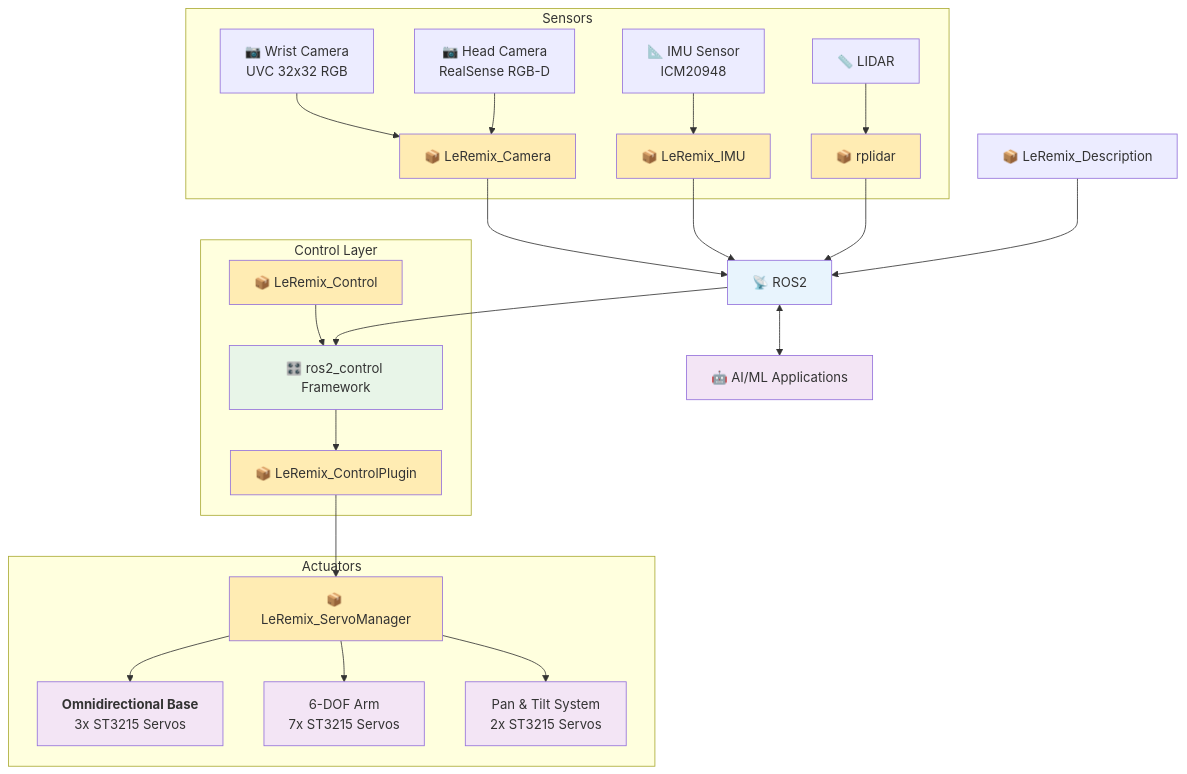
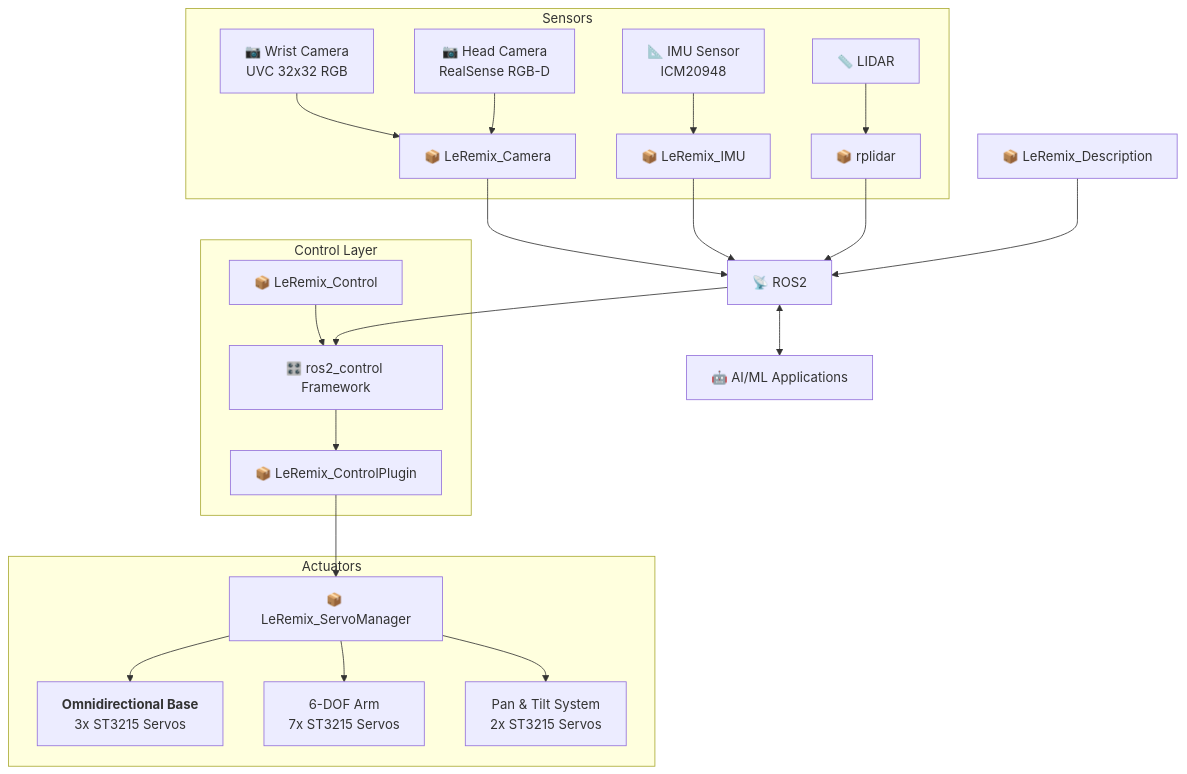
The second of 2 diagrams in README.md (cristidragomir97/LLMy), drawn with Mermaid before and after one commit. The commit also changed other lines of this file and 71 other files, not shown here.

````diff
--- a/README.md
+++ b/README.md
@@ -92,70 +162,55 @@
 ```mermaid
 graph TB
 
     LeRemixDescription[📦 LeRemix_Description]
     API[📡 ROS2]
     Apps[🤖 AI/ML Applications]
 
     subgraph "Sensors"
         WristCamera[📷 Wrist Camera<br/>UVC 32x32 RGB]
         HeadCamera[📷 Head Camera<br/>RealSense RGB-D]
         IMU[📐 IMU Sensor<br/>ICM20948]
         LIDAR[📏 LIDAR ]
          CameraNode[📦 LeRemix_Camera]
         ImuNode[📦 LeRemix_IMU]
         LidarNode[📦 rplidar]
     end
 
     subgraph "Control Layer"
         Control[🎛️ ros2_control Framework]
         LeRemixControl[📦 LeRemix_Control]
         LeRemixControlPlugin[📦 LeRemix_ControlPlugin]
     end
     
     subgraph "Actuators"
         LeRemixServoManager[📦 LeRemix_ServoManager]
         Base[<strong>Omnidirectional Base</strong><br/>3x ST3215 Servos]
         Arm[6-DOF Arm<br/>7x ST3215 Servos]
         Head[Pan & Tilt System<br/>2x ST3215 Servos]
     end
 
 
     %% Top to bottom flow
     LeRemixDescription --> API
 
     LIDAR --> LidarNode
     WristCamera --> CameraNode
     HeadCamera --> CameraNode
     IMU --> ImuNode
 
     LidarNode --> API
     CameraNode --> API
     ImuNode --> API
 
     API <--> Apps
     API --> Control
 
     LeRemixControl --> Control
     Control --> LeRemixControlPlugin
     LeRemixControlPlugin --> LeRemixServoManager
 
     LeRemixServoManager --> Base
     LeRemixServoManager --> Arm
     LeRemixServoManager --> Head
     
-    style CameraNode fill:#ffecb3
-    style LidarNode fill:#ffecb3
-    style ImuNode fill:#ffecb3
-
-    style LeRemixControl fill:#ffecb3
-    style LeRemixControlPlugin fill:#ffecb3
-    style LeRemixServoManager fill:#ffecb3
-
-    style Apps fill:#f3e5f5
-    style API fill:#e8f4fd
-    style Control fill:#e8f5e8
-
-    style Base fill:#f3e5f5
-    style Arm fill:#f3e5f5
-    style Head fill:#f3e5f5
 ```
````
